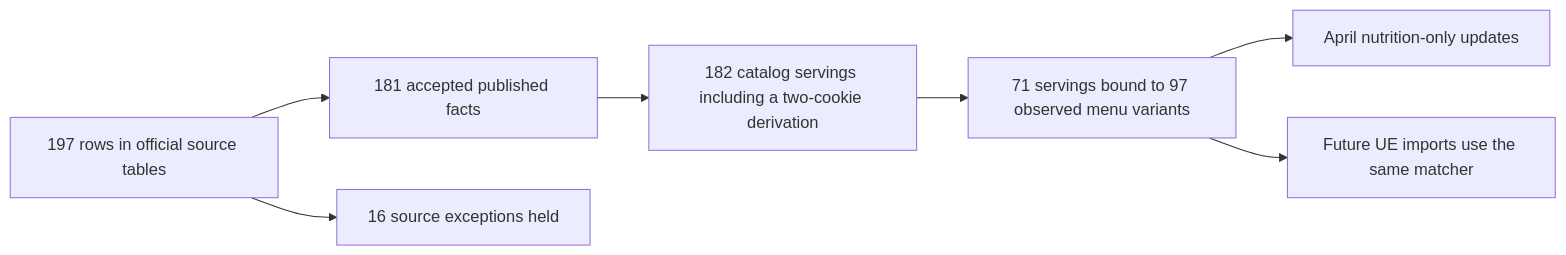
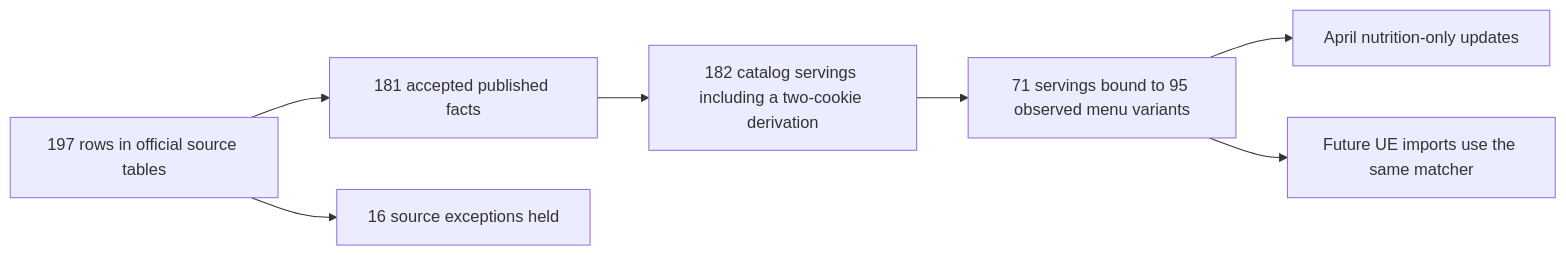
Before and after one commit to dgmolla/fitsy: the diagram in docs/engineering/pipeline/chain-catalog-expansion.md, drawn with Mermaid. The commit also changed other lines of this file and 4 other files, not shown here.

````diff
--- a/docs/engineering/pipeline/chain-catalog-expansion.md
+++ b/docs/engineering/pipeline/chain-catalog-expansion.md
@@ -5,9 +5,9 @@
 ```mermaid
 flowchart LR
   P[197 rows in official source tables] --> A[181 accepted published facts]
   P --> H[16 source exceptions held]
   A --> C[182 catalog servings including a two-cookie derivation]
-  C --> M[71 servings bound to 97 observed menu variants]
+  C --> M[71 servings bound to 95 observed menu variants]
   M --> E[April nutrition-only updates]
   M --> U[Future UE imports use the same matcher]
 ```
````
